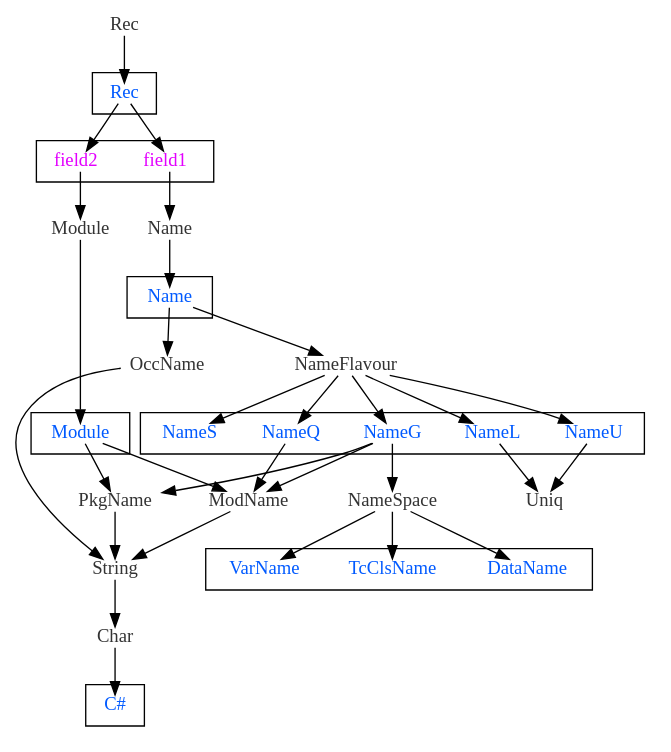
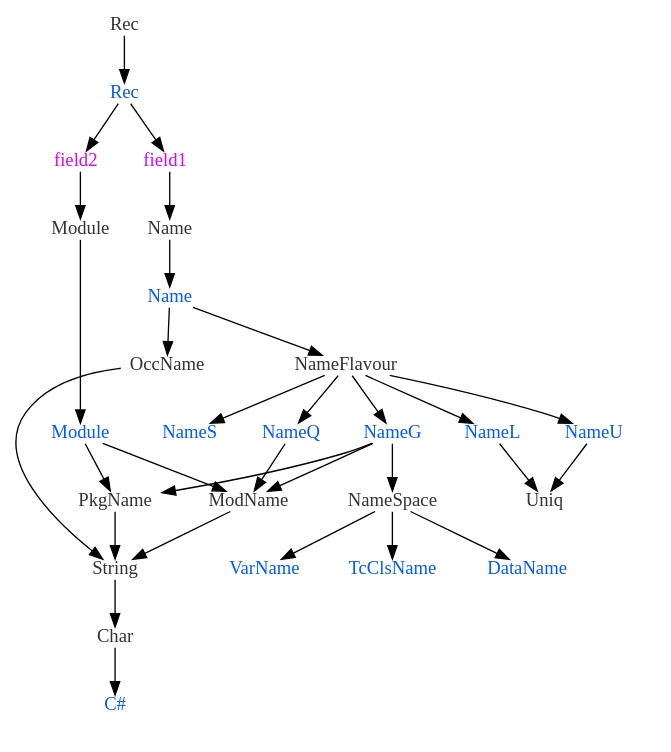
One commit to chrisdone/typegraph changed the diagram in name.dot. Above: the diagram before and after it, drawn with Graphviz. The commit also changed 1 other file, not shown here.

Commit message:
Disable peripheries

```diff
--- a/name.dot
+++ b/name.dot
@@ -1,91 +1,118 @@
 digraph G {
-subgraph cluster_0{"Rec "}
-subgraph cluster_1{"field1  "
-"field2  "}
-subgraph cluster_2{"Module "}
-subgraph cluster_3{"Name "}
-subgraph cluster_4{"NameG "
+subgraph cluster_0{
+peripheries=0
+"Rec "
+}
+subgraph cluster_1{
+peripheries=0
+"field1  "
+"field2  "
+}
+subgraph cluster_2{
+peripheries=0
+"Module "
+}
+subgraph cluster_3{
+peripheries=0
+"Name "
+}
+subgraph cluster_4{
+peripheries=0
+"NameG "
 "NameL "
 "NameQ "
 "NameS "
-"NameU "}
-subgraph cluster_5{"DataName "
+"NameU "
+}
+subgraph cluster_5{
+peripheries=0
+"DataName "
 "TcClsName "
-"VarName "}
-subgraph cluster_6{}
-subgraph cluster_7{}
-subgraph cluster_8{"C# "}
+"VarName "
+}
+subgraph cluster_6{
+peripheries=0
+
+}
+subgraph cluster_7{
+peripheries=0
+
+}
+subgraph cluster_8{
+peripheries=0
+"C# "
+}
 "field1  " [shape=plain, fontcolor="#e300ff"]
 "field2  " [shape=plain, fontcolor="#e300ff"]
 "C# " [shape=plain, fontcolor="#005aff"]
 
 
 
 
 "DataName " [shape=plain, fontcolor="#005aff"]
 "Module " [shape=plain, fontcolor="#005aff"]
 "Name " [shape=plain, fontcolor="#005aff"]
 "NameG " [shape=plain, fontcolor="#005aff"]
 "NameL " [shape=plain, fontcolor="#005aff"]
 "NameQ " [shape=plain, fontcolor="#005aff"]
 "NameS " [shape=plain, fontcolor="#005aff"]
 "NameU " [shape=plain, fontcolor="#005aff"]
 "TcClsName " [shape=plain, fontcolor="#005aff"]
 "VarName " [shape=plain, fontcolor="#005aff"]
 "Rec " [shape=plain, fontcolor="#005aff"]
 "String" [shape=plain, fontcolor="#333333"]
 "Char" [shape=plain, fontcolor="#333333"]
 
 
 "ModName" [shape=plain, fontcolor="#333333"]
 "Module" [shape=plain, fontcolor="#333333"]
 "Name" [shape=plain, fontcolor="#333333"]
 "NameFlavour" [shape=plain, fontcolor="#333333"]
 "NameSpace" [shape=plain, fontcolor="#333333"]
 "OccName" [shape=plain, fontcolor="#333333"]
 "PkgName" [shape=plain, fontcolor="#333333"]
 "Uniq" [shape=plain, fontcolor="#333333"]
 "Rec" [shape=plain, fontcolor="#333333"]
 "field1  " -> "Name"
 "field2  " -> "Module"
 
 
 
 
 
 
 "Module " -> "ModName"
 "Module " -> "PkgName"
 "Name " -> "NameFlavour"
 "Name " -> "OccName"
 "NameG " -> "ModName"
 "NameG " -> "NameSpace"
 "NameG " -> "PkgName"
 "NameL " -> "Uniq"
 "NameQ " -> "ModName"
 
 "NameU " -> "Uniq"
 
 
 "Rec " -> "field1  "
 "Rec " -> "field2  "
 "String" -> "Char"
 "Char" -> "C# "
 
 
 "ModName" -> "String"
 "Module" -> "Module "
 "Name" -> "Name "
 "NameFlavour" -> "NameG "
 "NameFlavour" -> "NameL "
 "NameFlavour" -> "NameQ "
 "NameFlavour" -> "NameS "
 "NameFlavour" -> "NameU "
 "NameSpace" -> "DataName "
 "NameSpace" -> "TcClsName "
 "NameSpace" -> "VarName "
 "OccName" -> "String"
 "PkgName" -> "String"
 
 "Rec" -> "Rec "
 }
```
